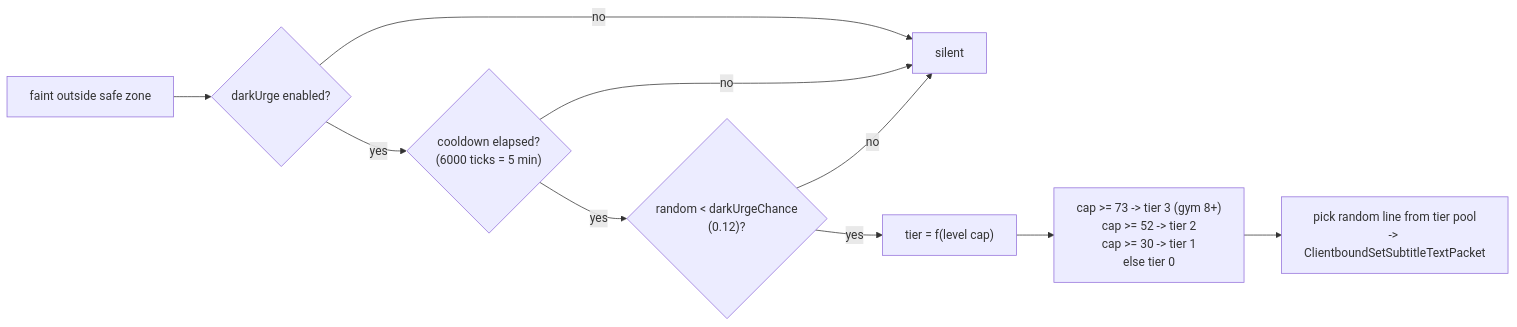
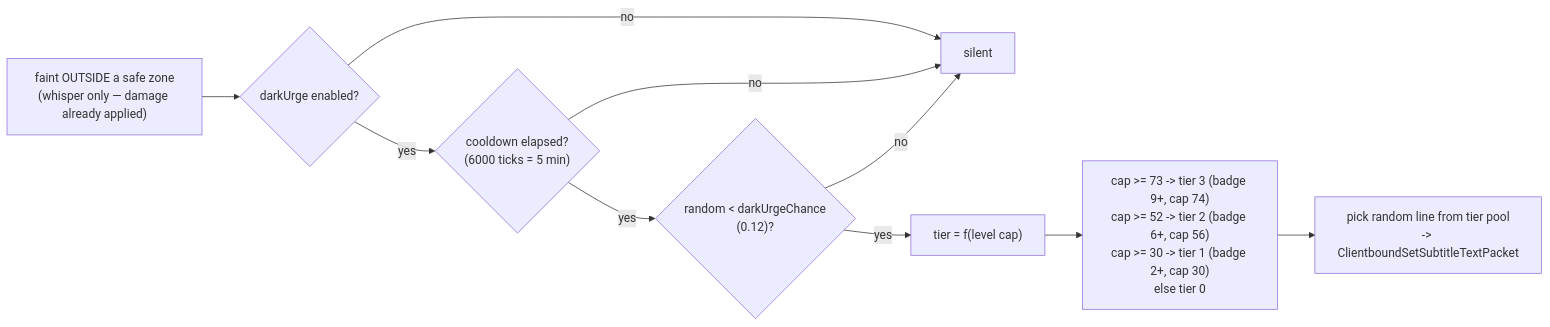
Before and after one commit to The-Company-Inc-Nerds/the-cobblemon-initiative: the third of 10 diagrams in wiki/Architecture-Data-Flows.md, drawn with Mermaid. The commit also changed other lines of this file and 456 other files, not shown here.

````diff
--- a/wiki/Architecture-Data-Flows.md
+++ b/wiki/Architecture-Data-Flows.md
@@ -80,12 +92,12 @@
 ```mermaid
 flowchart LR
-  W0["faint outside safe zone"] --> W1{"darkUrge enabled?"}
+  W0["faint OUTSIDE a safe zone<br/>(whisper only — damage already applied)"] --> W1{"darkUrge enabled?"}
   W1 -->|no| WZ["silent"]
   W1 -->|yes| W2{"cooldown elapsed?<br/>(6000 ticks = 5 min)"}
   W2 -->|no| WZ
   W2 -->|yes| W3{"random < darkUrgeChance<br/>(0.12)?"}
   W3 -->|no| WZ
   W3 -->|yes| W4["tier = f(level cap)"]
-  W4 --> W5["cap >= 73 -> tier 3 (gym 8+)<br/>cap >= 52 -> tier 2<br/>cap >= 30 -> tier 1<br/>else tier 0"]
+  W4 --> W5["cap >= 73 -> tier 3 (badge 9+, cap 74)<br/>cap >= 52 -> tier 2 (badge 6+, cap 56)<br/>cap >= 30 -> tier 1 (badge 2+, cap 30)<br/>else tier 0"]
   W5 --> W6["pick random line from tier pool<br/>-> ClientboundSetSubtitleTextPacket"]
 ```
````
